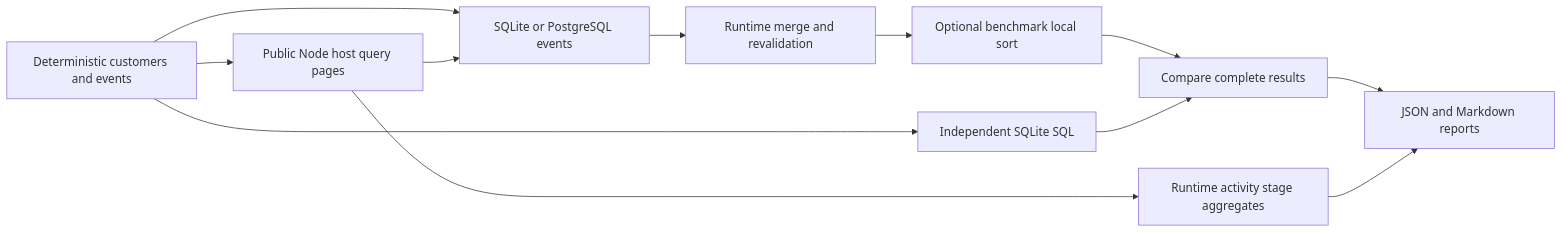
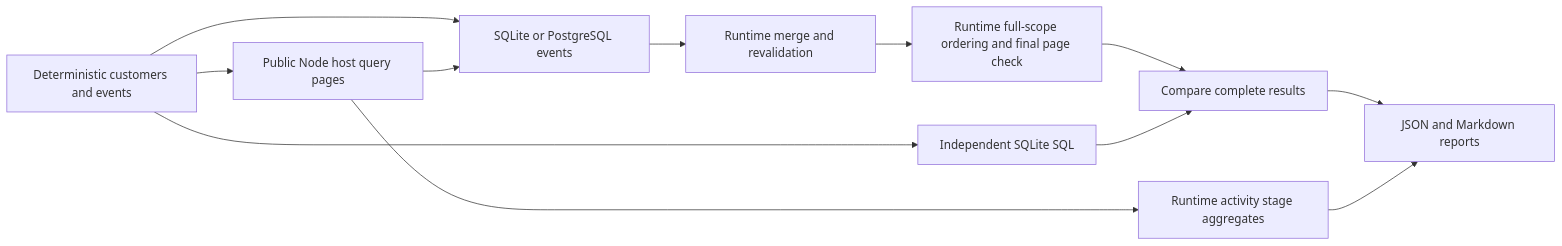
Before and after one commit to relatehq/relate: the diagram in tests/performance/analytical-properties/README.md, drawn with Mermaid. The commit also changed other lines of this file and 42 other files, not shown here.

````diff
--- a/tests/performance/analytical-properties/README.md
+++ b/tests/performance/analytical-properties/README.md
@@ -97,14 +81,14 @@
 ```mermaid
 flowchart LR
   Seed[Deterministic customers and events] --> Host[Public Node host query pages]
   Seed --> DB[SQLite or PostgreSQL events]
   Host --> DB
   DB --> Checks[Runtime merge and revalidation]
-  Checks --> Sort[Optional benchmark local sort]
+  Checks --> Sort[Runtime full-scope ordering and final page check]
   Seed --> Oracle[Independent SQLite SQL]
   Sort --> Verify[Compare complete results]
   Oracle --> Verify
   Host --> Activity[Runtime activity stage aggregates]
   Verify --> Report[JSON and Markdown reports]
   Activity --> Report
 ```
````
